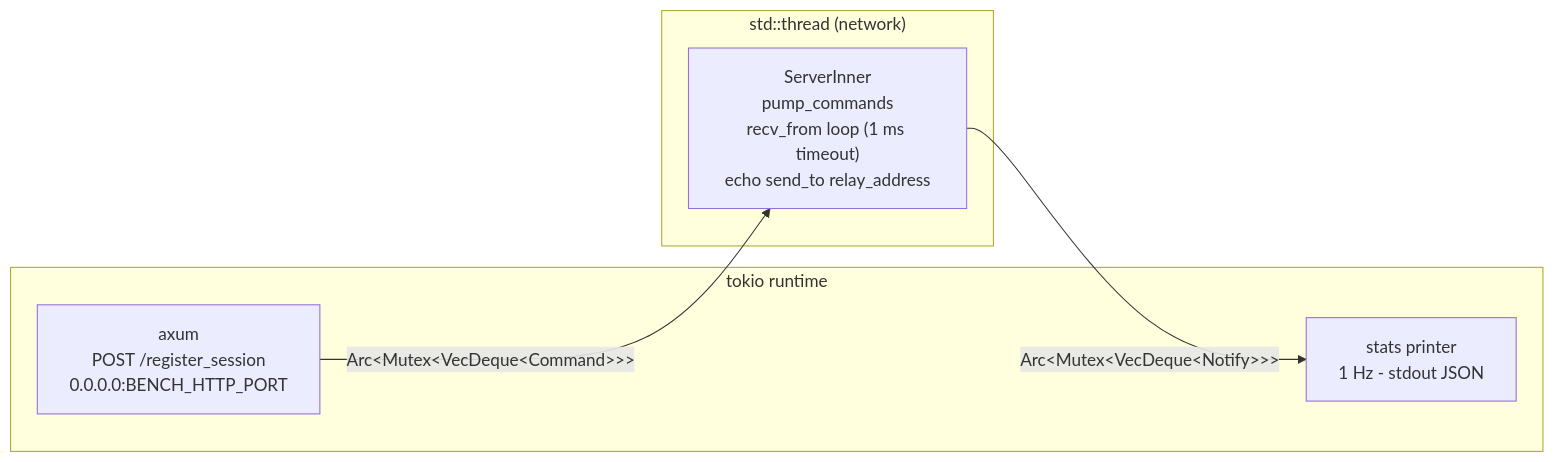
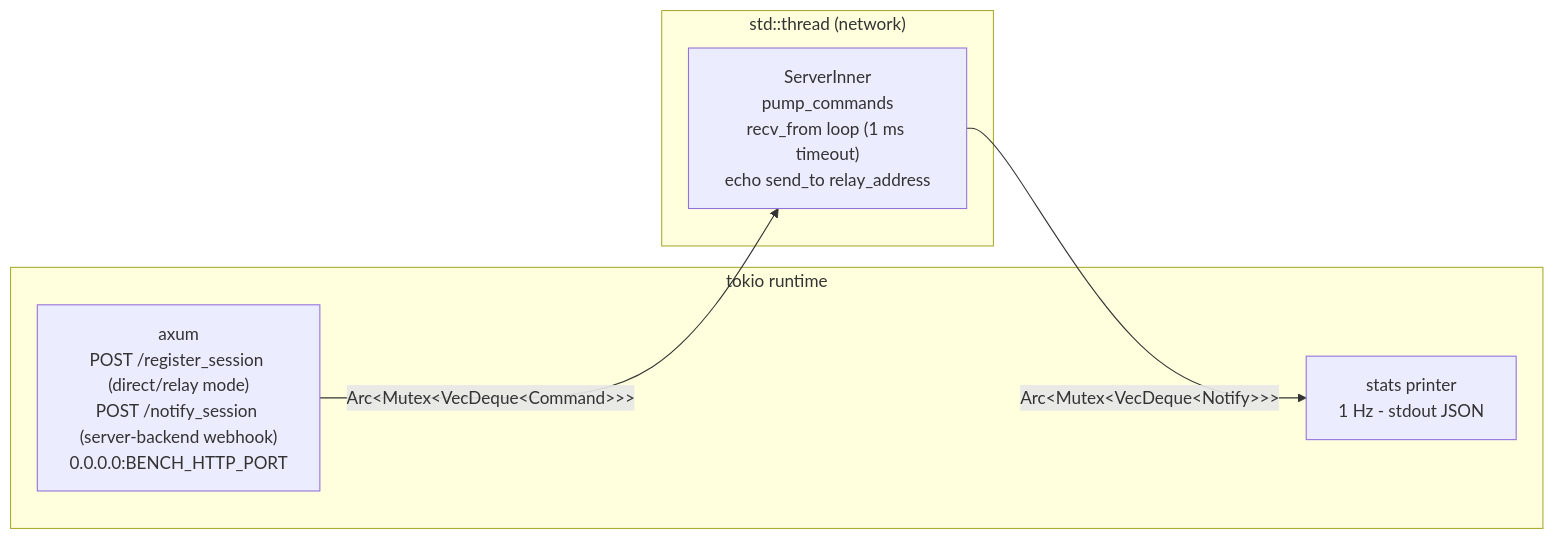
The first of 6 diagrams in relay-bench/README.md (brianpht/relay-xdp), drawn with Mermaid before and after one commit. The commit also changed other lines of this file and 1 other file, not shown here.

Commit message:
docs(README): update server-backend mode documentation and usage examples

````diff
--- a/relay-bench/README.md
+++ b/relay-bench/README.md
@@ -59,12 +86,12 @@
 ```mermaid
 flowchart LR
   subgraph tokio["tokio runtime"]
-    AX["axum\nPOST /register_session\n0.0.0.0:BENCH_HTTP_PORT"]
+    AX["axum\nPOST /register_session (direct/relay mode)\nPOST /notify_session (server-backend webhook)\n0.0.0.0:BENCH_HTTP_PORT"]
     SP["stats printer\n1 Hz - stdout JSON"]
   end
   subgraph net["std::thread (network)"]
     SI["ServerInner\npump_commands\nrecv_from loop (1 ms timeout)\necho send_to relay_address"]
   end
   AX -- "Arc&lt;Mutex&lt;VecDeque&lt;Command&gt;&gt;&gt;" --> SI
   SI -- "Arc&lt;Mutex&lt;VecDeque&lt;Notify&gt;&gt;&gt;" --> SP
 ```
````
